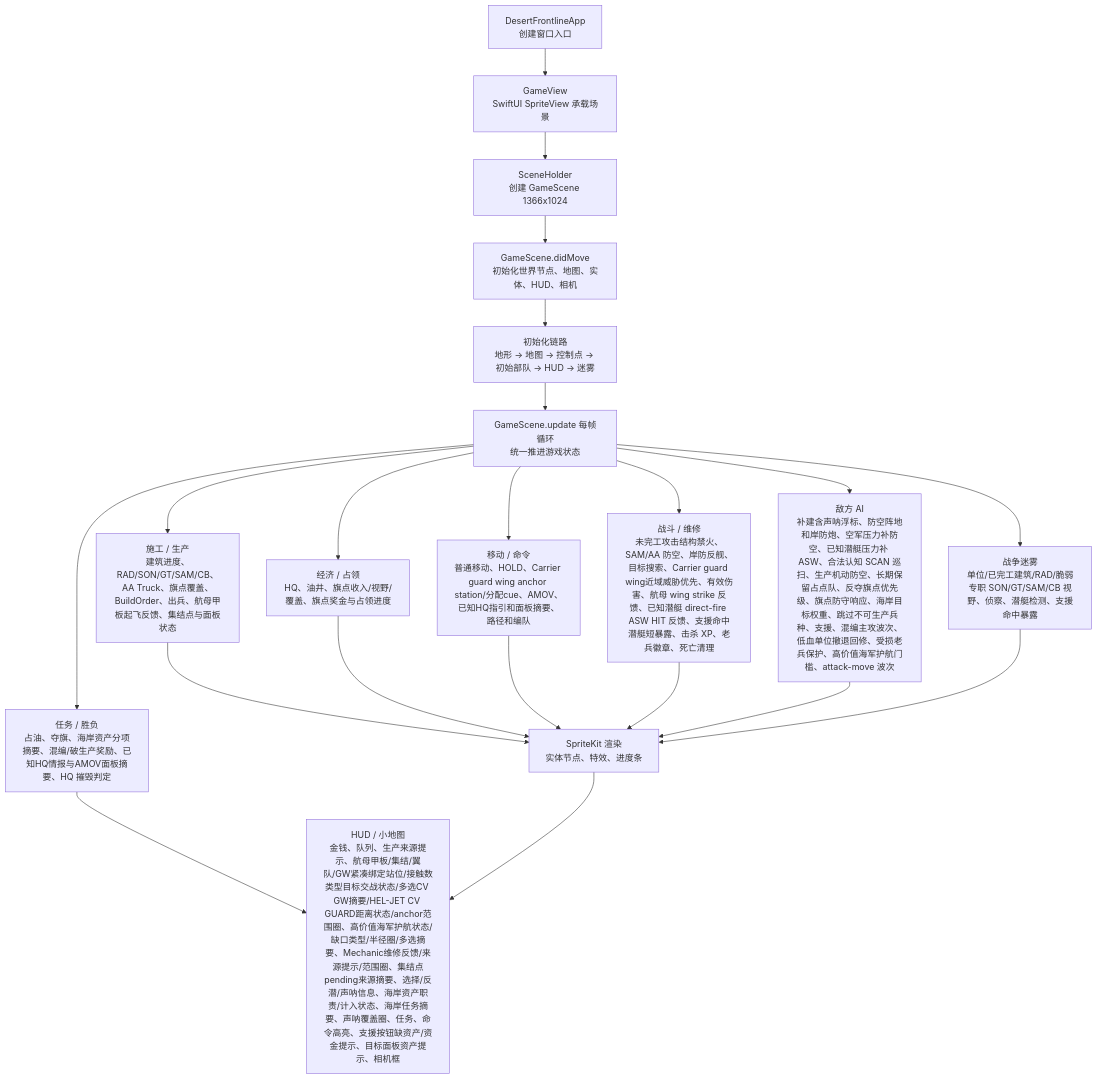
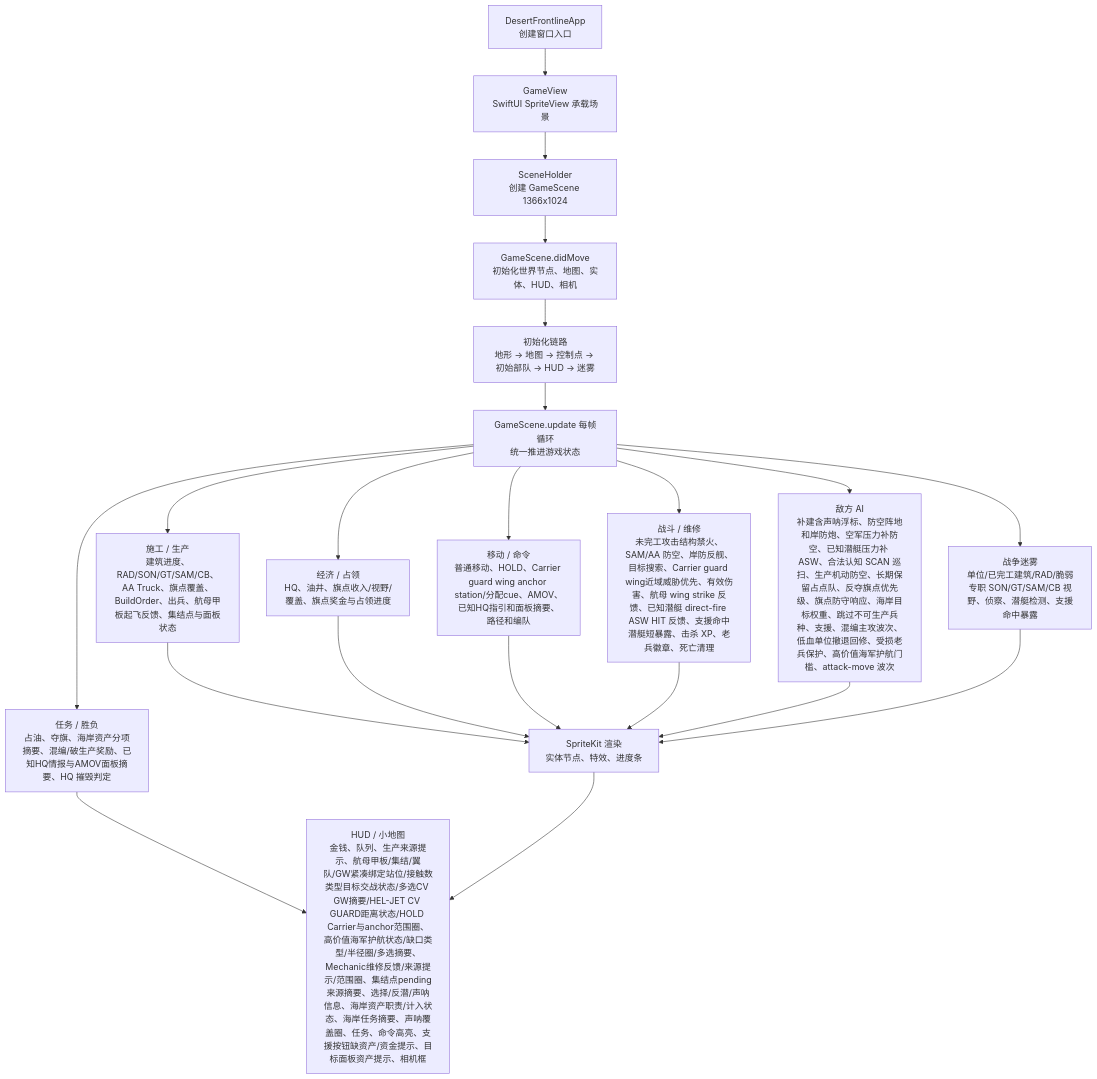
The first of 3 diagrams in md/flow/flowchart.md (Altman-sam114/1145), drawn with Mermaid before and after one commit. The commit also changed 4 other files, not shown here.

````diff
--- a/md/flow/flowchart.md
+++ b/md/flow/flowchart.md
@@ -9,23 +9,23 @@
 ```mermaid
 flowchart TD
   App["DesertFrontlineApp\n创建窗口入口"] --> View["GameView\nSwiftUI SpriteView 承载场景"]
   View --> Holder["SceneHolder\n创建 GameScene 1366x1024"]
   Holder --> Scene["GameScene.didMove\n初始化世界节点、地图、实体、HUD、相机"]
   Scene --> Init["初始化链路\n地形 -> 地图 -> 控制点 -> 初始部队 -> HUD -> 迷雾"]
   Init --> Loop["GameScene.update 每帧循环\n统一推进游戏状态"]
   Loop --> Build["施工 / 生产\n建筑进度、RAD/SON/GT/SAM/CB、AA Truck、旗点覆盖、BuildOrder、出兵、航母甲板起飞反馈、集结点与面板状态"]
   Loop --> Economy["经济 / 占领\nHQ、油井、旗点收入/视野/覆盖、旗点奖金与占领进度"]
   Loop --> Commands["移动 / 命令\n普通移动、HOLD、Carrier guard wing anchor station/分配cue、AMOV、已知HQ指引和面板摘要、路径和编队"]
   Loop --> Combat["战斗 / 维修\n未完工攻击结构禁火、SAM/AA 防空、岸防反舰、目标搜索、Carrier guard wing近域威胁优先、有效伤害、航母 wing strike 反馈、已知潜艇 direct-fire ASW HIT 反馈、支援命中潜艇短暴露、击杀 XP、老兵徽章、死亡清理"]
   Loop --> AI["敌方 AI\n补建含声呐浮标、防空阵地和岸防炮、空军压力补防空、已知潜艇压力补 ASW、合法认知 SCAN 巡扫、生产机动防空、长期保留占点队、反夺旗点优先级、旗点防守响应、海岸目标权重、跳过不可生产兵种、支援、混编主攻波次、低血单位撤退回修、受损老兵保护、高价值海军护航门槛、attack-move 波次"]
   Loop --> Fog["战争迷雾\n单位/已完工建筑/RAD/脆弱专职 SON/GT/SAM/CB 视野、侦察、潜艇检测、支援命中暴露"]
   Loop --> Mission["任务 / 胜负\n占油、夺旗、海岸资产分项摘要、混编/破生产奖励、已知HQ情报与AMOV面板摘要、HQ 摧毁判定"]
   Build --> Render["SpriteKit 渲染\n实体节点、特效、进度条"]
   Economy --> Render
   Commands --> Render
   Combat --> Render
   AI --> Render
   Fog --> Render
-  Mission --> HUD["HUD / 小地图\n金钱、队列、生产来源提示、航母甲板/集结/翼队/GW紧凑绑定站位/接触数类型目标交战状态/多选CV GW摘要/HEL-JET CV GUARD距离状态/anchor范围圈、高价值海军护航状态/缺口类型/半径圈/多选摘要、Mechanic维修反馈/来源提示/范围圈、集结点pending来源摘要、选择/反潜/声呐信息、海岸资产职责/计入状态、海岸任务摘要、声呐覆盖圈、任务、命令高亮、支援按钮缺资产/资金提示、目标面板资产提示、相机框"]
+  Mission --> HUD["HUD / 小地图\n金钱、队列、生产来源提示、航母甲板/集结/翼队/GW紧凑绑定站位/接触数类型目标交战状态/多选CV GW摘要/HEL-JET CV GUARD距离状态/HOLD Carrier与anchor范围圈、高价值海军护航状态/缺口类型/半径圈/多选摘要、Mechanic维修反馈/来源提示/范围圈、集结点pending来源摘要、选择/反潜/声呐信息、海岸资产职责/计入状态、海岸任务摘要、声呐覆盖圈、任务、命令高亮、支援按钮缺资产/资金提示、目标面板资产提示、相机框"]
   Render --> HUD
 ```
````
